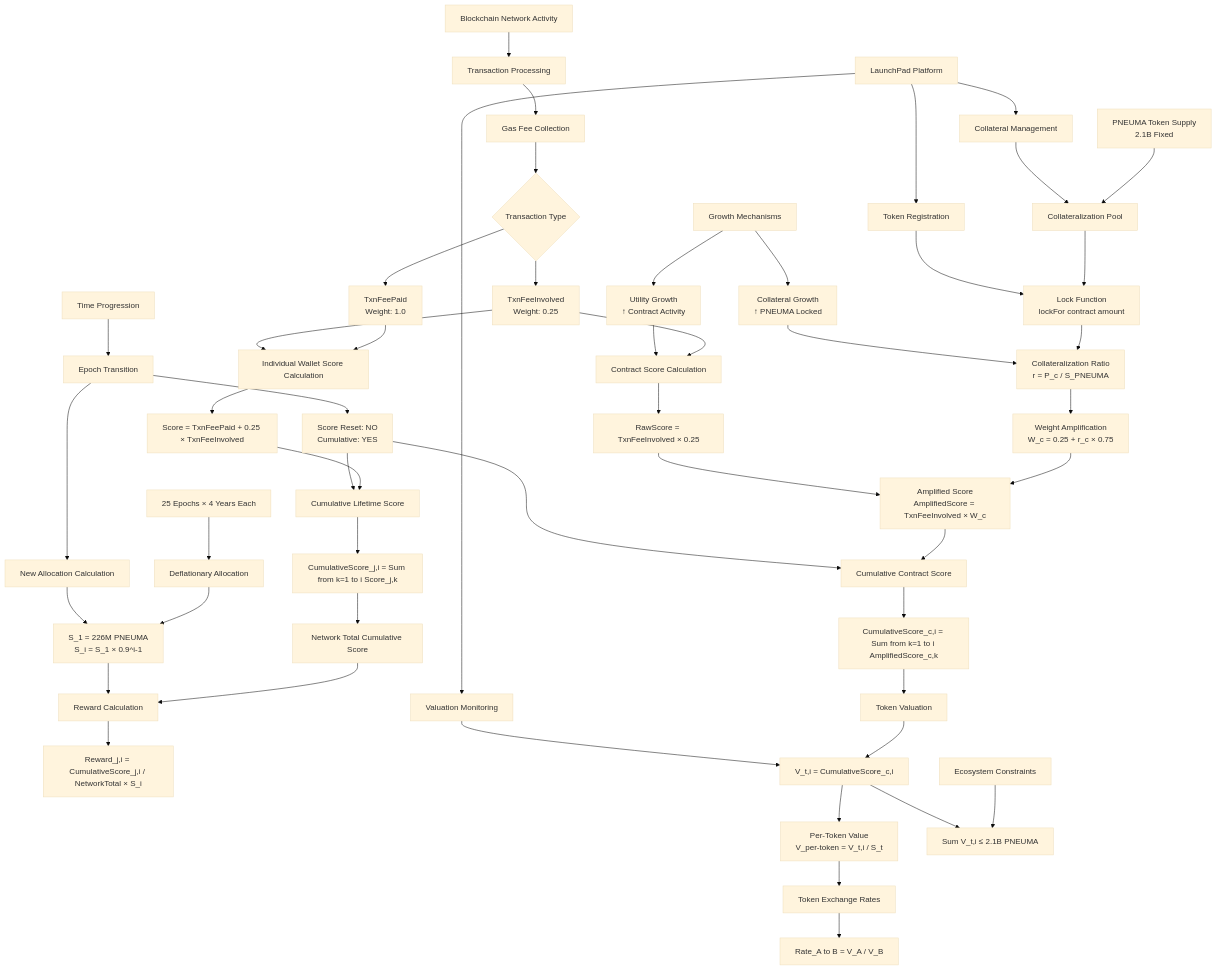
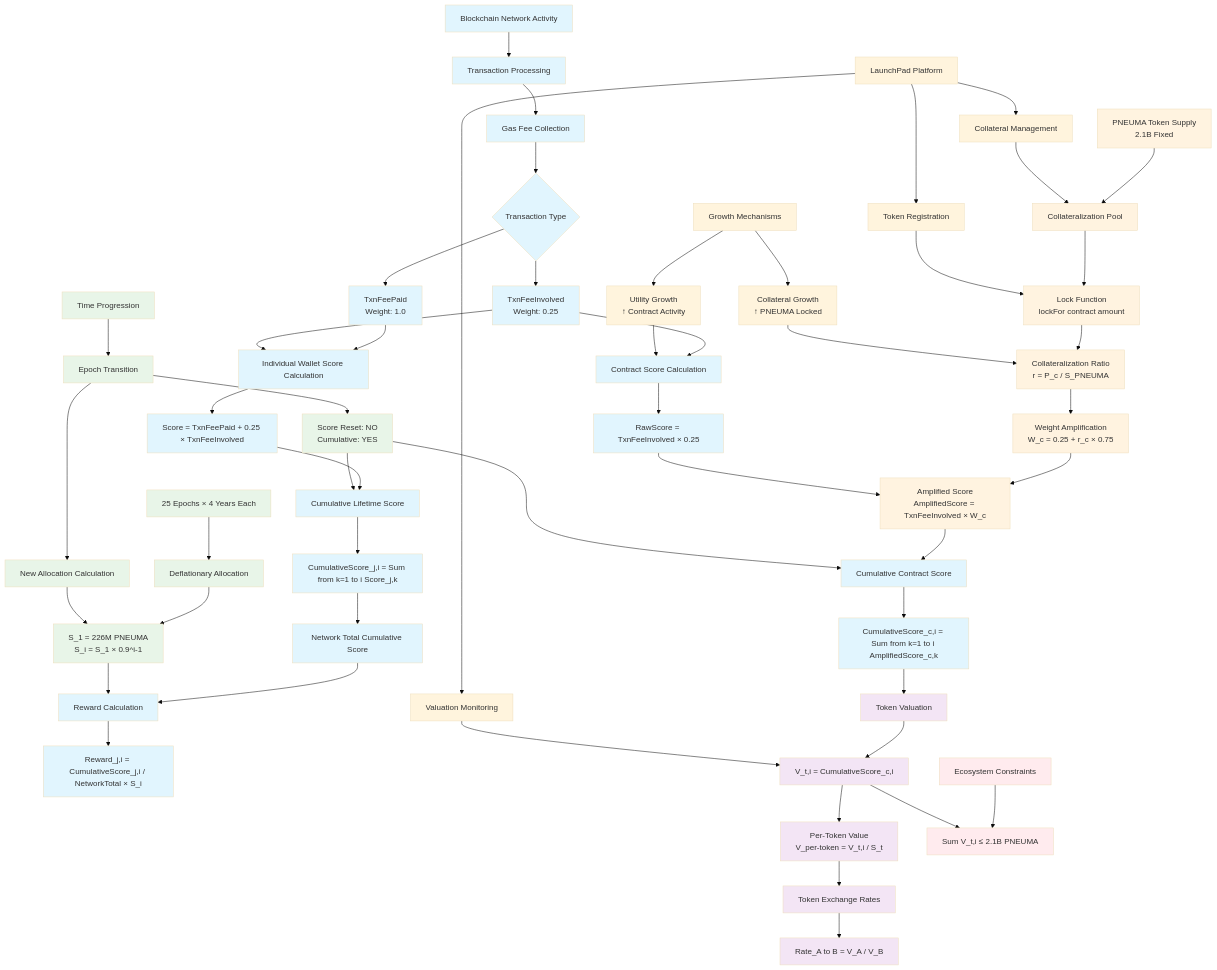
One commit to d-democrazy/PneumaProtocol changed the diagram in PRD/Architecture/SystemImplementation/diagram.mmd. Above: the diagram before and after it, drawn with Mermaid (base theme).

Commit message:
Diagram coloring

```diff
--- a/PRD/Architecture/SystemImplementation/diagram.mmd
+++ b/PRD/Architecture/SystemImplementation/diagram.mmd
@@ -1,94 +1,94 @@
 graph TD
     %% Network Activity Layer
     A[Blockchain Network Activity] --> B[Transaction Processing]
     B --> C[Gas Fee Collection]
     C --> D{Transaction Type}
     
     D --> E[TxnFeePaid<br/>Weight: 1.0]
     D --> F[TxnFeeInvolved<br/>Weight: 0.25]
     
     %% Score Calculation Layer
     E --> G[Individual Wallet Score Calculation]
     F --> G
     F --> H[Contract Score Calculation]
     
     G --> I["Score = TxnFeePaid + 0.25 × TxnFeeInvolved"]
     H --> J["RawScore = TxnFeeInvolved × 0.25"]
     
     %% Collateralization System
     K[PNEUMA Token Supply<br/>2.1B Fixed] --> L[Collateralization Pool]
     L -->     M["Lock Function<br/>lockFor contract amount"]
     M --> N["Collateralization Ratio<br/>r = P_c / S_PNEUMA"]
     
     N -->     O["Weight Amplification<br/>W_c = 0.25 + r_c × 0.75"]
     O -->     P["Amplified Score<br/>AmplifiedScore = TxnFeeInvolved × W_c"]
     
     J --> P
     
     %% Cumulative Scoring
     I --> Q[Cumulative Lifetime Score]
     P --> R[Cumulative Contract Score]
     
     Q -->     S["CumulativeScore_j,i = Sum from k=1 to i Score_j,k"]
     R -->     T["CumulativeScore_c,i = Sum from k=1 to i AmplifiedScore_c,k"]
     
     %% Epoch System
     U[25 Epochs × 4 Years Each] --> V[Deflationary Allocation]
     V -->     W["S_1 = 226M PNEUMA<br/>S_i = S_1 × 0.9^i-1"]
     
     %% Reward Distribution
     S --> X[Network Total Cumulative Score]
     X --> Y[Reward Calculation]
     W --> Y
     Y -->     Z["Reward_j,i = CumulativeScore_j,i / NetworkTotal × S_i"]
     
     %% Token Valuation
     T --> AA[Token Valuation]
     AA --> BB["V_t,i = CumulativeScore_c,i"]
     BB --> CC[Per-Token Value<br/>V_per-token = V_t,i / S_t]
     
     %% Exchange System
     CC --> DD[Token Exchange Rates]
     DD -->     EE["Rate_A to B = V_A / V_B"]
     
     %% Constraints
     FF[Ecosystem Constraints] -->     GG["Sum V_t,i ≤ 2.1B PNEUMA"]
     BB --> GG
     
     %% LaunchPad Integration
     HH[LaunchPad Platform] --> II[Token Registration]
     HH --> JJ[Collateral Management]
     HH --> KK[Valuation Monitoring]
     
     II --> M
     JJ --> L
     KK --> BB
     
     %% Time Flow
     LL[Time Progression] --> MM[Epoch Transition]
     MM --> NN[Score Reset: NO<br/>Cumulative: YES]
     MM --> OO[New Allocation Calculation]
     
     NN --> Q
     NN --> R
     OO --> W
     
     %% Value Growth Dynamics
     PP[Growth Mechanisms] --> QQ[Utility Growth<br/>↑ Contract Activity]
     PP --> RR[Collateral Growth<br/>↑ PNEUMA Locked]
     
     QQ --> H
     RR --> N
     
     %% Styling
-    classDef rewardSystem fill:
-    classDef valuationSystem fill:
-    classDef collateralization fill:
-    classDef epochSystem fill:
-    classDef constraints fill:
+    classDef rewardSystem fill:#e1f5fe
+    classDef valuationSystem fill:#f3e5f5
+    classDef collateralization fill:#fff3e0
+    classDef epochSystem fill:#e8f5e8
+    classDef constraints fill:#ffebee
     
     class A,B,C,D,E,F,G,H,I,J,Q,R,S,T,X,Y,Z rewardSystem
     class AA,BB,CC,DD,EE valuationSystem
     class K,L,M,N,O,P collateralization
     class U,V,W,LL,MM,NN,OO epochSystem
     class FF,GG constraints
```
